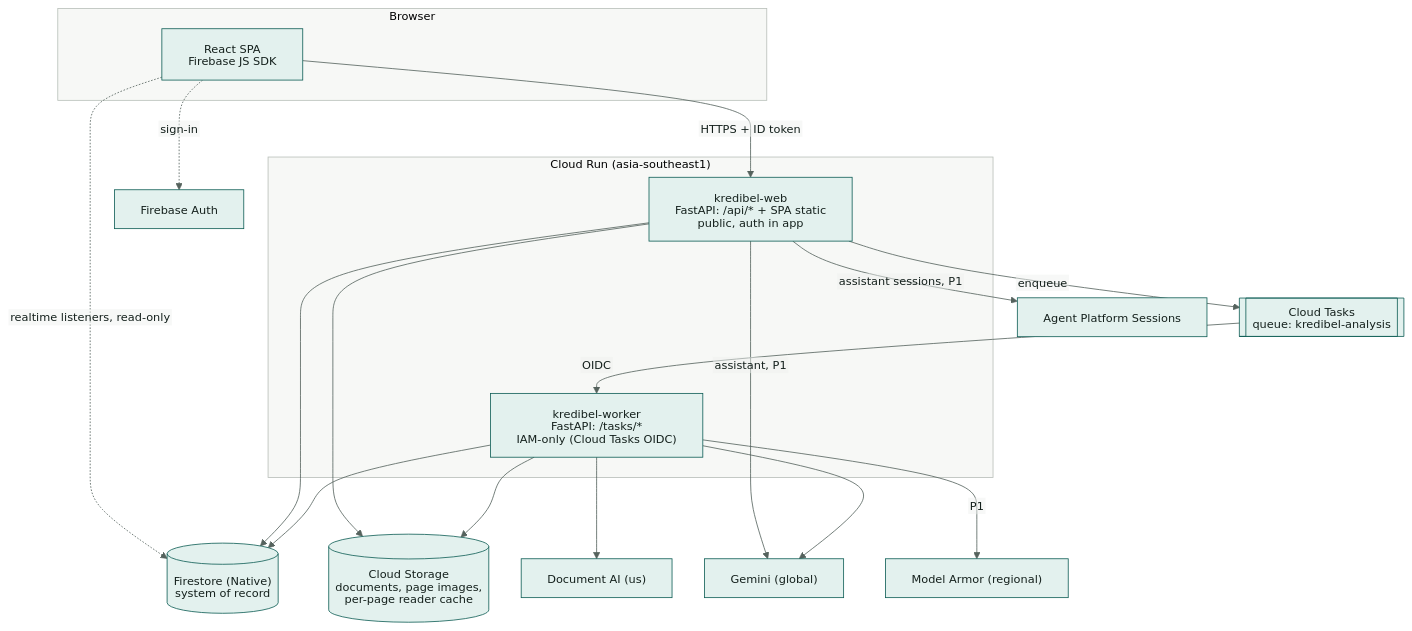
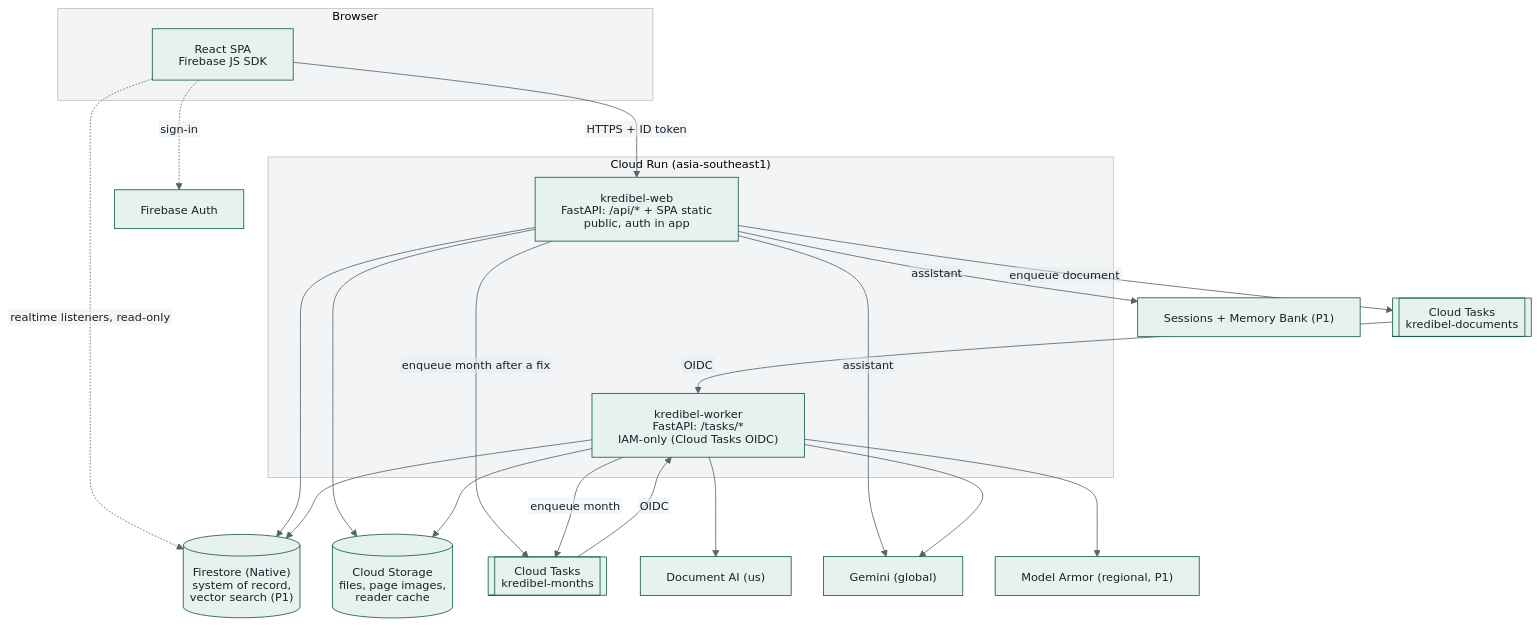
One commit to fadlytanjung/kredibel changed the second of 9 diagrams in docs/05-architecture.md. Above: the diagram before and after it, drawn with Mermaid. The commit also changed other lines of this file and 245 other files, not shown here.

````diff
--- a/docs/05-architecture.md
+++ b/docs/05-architecture.md
@@ -56,36 +57,40 @@
 ```mermaid
-%%{init: {"theme": "base", "themeVariables": {"fontFamily": "Arial, Helvetica, sans-serif", "fontSize": "14px", "primaryColor": "#E3F1EE", "primaryBorderColor": "#0F5E56", "primaryTextColor": "#14201C", "lineColor": "#55625D", "secondaryColor": "#F0F2EF", "tertiaryColor": "#FFFFFF", "clusterBkg": "#F7F8F6", "clusterBorder": "#B8BFB9", "noteBkgColor": "#FEF0C7", "noteTextColor": "#14201C"}, "htmlLabels": false, "flowchart": {"htmlLabels": false, "padding": 16, "nodeSpacing": 40, "rankSpacing": 50, "wrappingWidth": 220}, "sequence": {"wrap": true, "useMaxWidth": true, "noteFontFamily": "Arial, Helvetica, sans-serif", "messageFontFamily": "Arial, Helvetica, sans-serif", "actorFontFamily": "Arial, Helvetica, sans-serif"}}}%%
+%%{init: {"theme": "base", "themeVariables": {"fontFamily": "Arial, Helvetica, sans-serif", "fontSize": "14px", "primaryColor": "#E7F2EE", "primaryBorderColor": "#0E5A47", "primaryTextColor": "#16212B", "lineColor": "#56636F", "secondaryColor": "#E8ECEE", "tertiaryColor": "#FFFFFF", "clusterBkg": "#F2F4F5", "clusterBorder": "#B9C2CA", "noteBkgColor": "#FFF5D6", "noteTextColor": "#16212B"}, "htmlLabels": false, "flowchart": {"htmlLabels": false, "padding": 16, "nodeSpacing": 40, "rankSpacing": 50, "wrappingWidth": 220}, "sequence": {"wrap": true, "useMaxWidth": true, "noteFontFamily": "Arial, Helvetica, sans-serif", "messageFontFamily": "Arial, Helvetica, sans-serif", "actorFontFamily": "Arial, Helvetica, sans-serif"}}}%%
 flowchart TB
     subgraph Browser
         spa["React SPA<br/>Firebase JS SDK"]
     end
 
     subgraph CloudRun["Cloud Run (asia-southeast1)"]
         webSvc["kredibel-web<br/>FastAPI: /api/* + SPA static<br/>public, auth in app"]
         workerSvc["kredibel-worker<br/>FastAPI: /tasks/*<br/>IAM-only (Cloud Tasks OIDC)"]
     end
 
-    tasks[["Cloud Tasks<br/>queue: kredibel-analysis"]]
-    fs[("Firestore (Native)<br/>system of record")]
-    gcs[("Cloud Storage<br/>documents, page images,<br/>per-page reader cache")]
+    tq1[["Cloud Tasks<br/>kredibel-documents"]]
+    tq2[["Cloud Tasks<br/>kredibel-months"]]
+    fs[("Firestore (Native)<br/>system of record,<br/>vector search (P1)")]
+    gcs[("Cloud Storage<br/>files, page images,<br/>reader cache")]
     docai["Document AI (us)"]
     gem["Gemini (global)"]
-    armor["Model Armor (regional)"]
-    sess["Agent Platform Sessions"]
+    armor["Model Armor (regional, P1)"]
+    mem["Sessions + Memory Bank (P1)"]
     auth["Firebase Auth"]
 
     spa -->|HTTPS + ID token| webSvc
     spa -.->|realtime listeners, read-only| fs
     spa -.->|sign-in| auth
     webSvc --> fs
     webSvc --> gcs
-    webSvc -->|enqueue| tasks
-    webSvc -->|assistant, P1| gem
-    webSvc -->|assistant sessions, P1| sess
-    tasks -->|OIDC| workerSvc
+    webSvc -->|enqueue document| tq1
+    webSvc -->|enqueue month after a fix| tq2
+    webSvc -->|assistant| gem
+    webSvc -->|assistant| mem
+    tq1 -->|OIDC| workerSvc
+    tq2 -->|OIDC| workerSvc
+    workerSvc -->|enqueue month| tq2
     workerSvc --> fs
     workerSvc --> gcs
     workerSvc --> docai
     workerSvc --> gem
-    workerSvc -->|P1| armor
+    workerSvc --> armor
 ```
````
